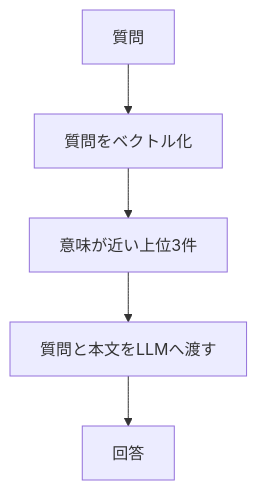
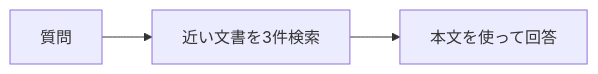
Before and after one commit to kouji0705/rag-study: the diagram in books/cd019af39edb03/06-naive-rag.md, drawn with Mermaid. The commit also changed other lines of this file and 11 other files, not shown here.

````diff
--- a/books/cd019af39edb03/06-naive-rag.md
+++ b/books/cd019af39edb03/06-naive-rag.md
@@ -44,7 +12,4 @@
 ```mermaid
-flowchart TD
-    Q["質問"] --> E["質問をベクトル化"]
-    E --> S["意味が近い上位3件"]
-    S --> L["質問と本文をLLMへ渡す"]
-    L --> A["回答"]
+flowchart LR
+    Q["質問"] --> S["近い文書を3件検索"] --> A["本文を使って回答"]
 ```
````
